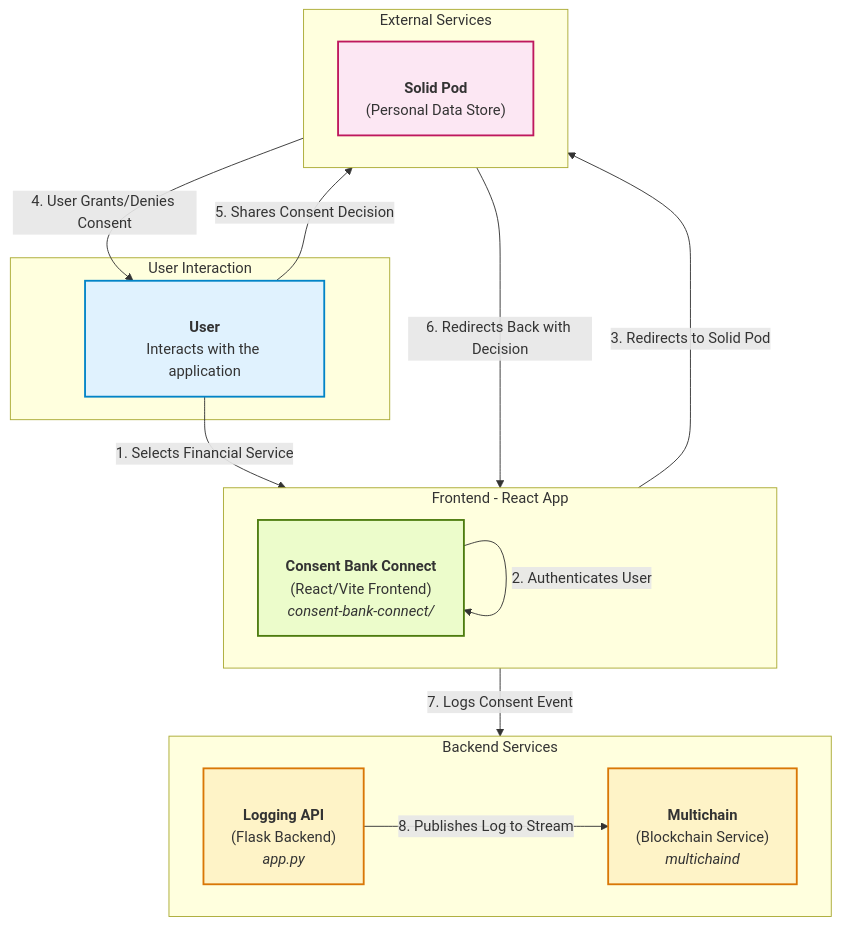
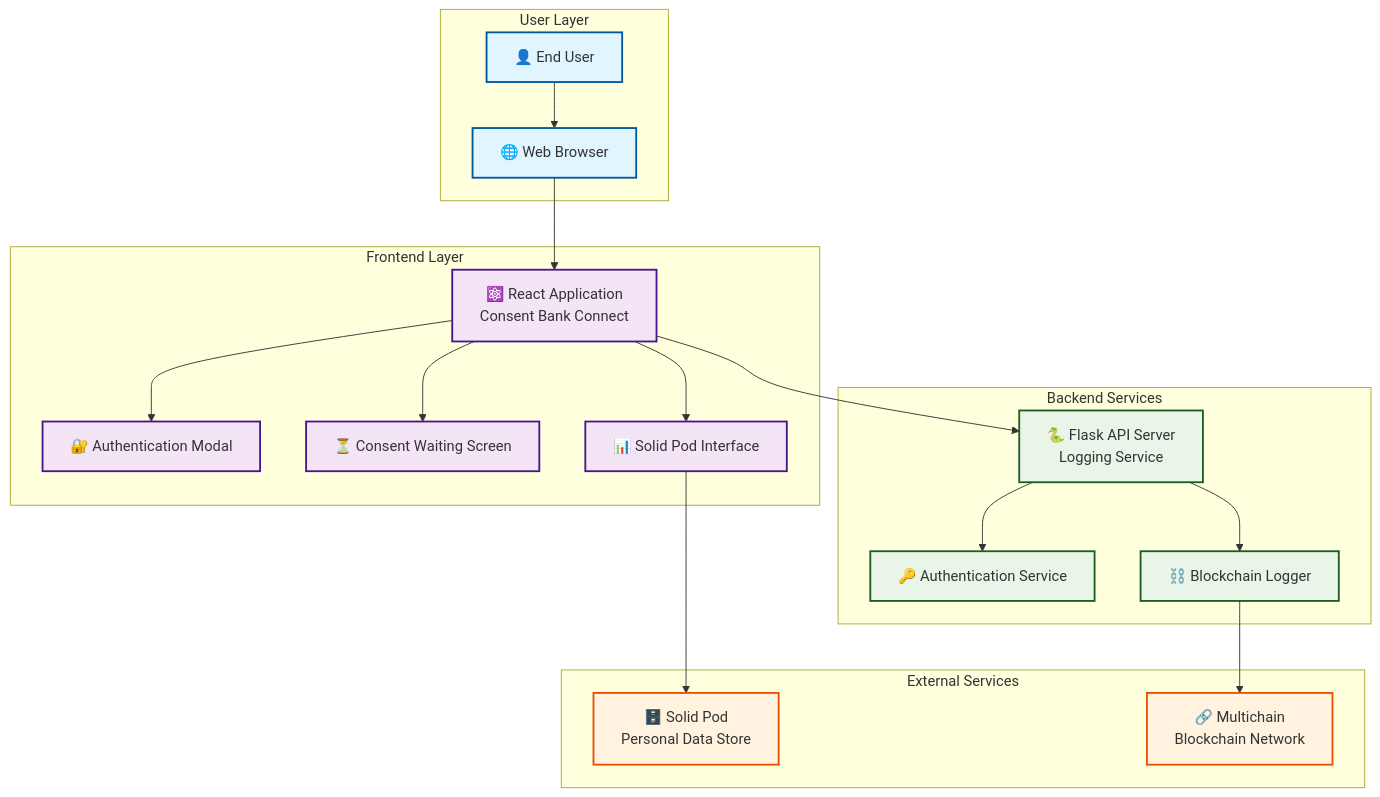
One commit to kobivan92/digital_consent changed the first of 15 diagrams in README.md. Above: the diagram before and after it, drawn with Mermaid. The commit also changed other lines of this file, not shown here.

````diff
--- a/README.md
+++ b/README.md
@@ -16,42 +9,46 @@
 ```mermaid
-graph TD;
-    subgraph User Interaction
-        User[<br/><b>User</b><br/>Interacts with the application]
-    end
-
-    subgraph Frontend - React App
-        direction LR
-        WebApp["<br/><b>Consent Bank Connect</b><br/>(React/Vite Frontend)<br/><i>consent-bank-connect/</i>"]
-    end
-
-    subgraph Backend Services
-        direction LR
-        APIServer["<br/><b>Logging API</b><br/>(Flask Backend)<br/><i>app.py</i>"]
-        Multichain["<br/><b>Multichain</b><br/>(Blockchain Service)<br/><i>multichaind</i>"]
+graph TB
+    subgraph "User Layer"
+        User[👤 End User]
+        Browser[🌐 Web Browser]
     end
     
-    subgraph External Services
-        direction LR
-        SolidPod["<br/><b>Solid Pod</b><br/>(Personal Data Store)"]
+    subgraph "Frontend Layer"
+        ReactApp[⚛️ React Application<br/>Consent Bank Connect]
+        AuthModal[🔐 Authentication Modal]
+        ConsentWaiting[⏳ Consent Waiting Screen]
+        SolidPodInterface[📊 Solid Pod Interface]
     end
-
-    User -- "1. Selects Financial Service" --> WebApp;
-    WebApp -- "2. Authenticates User" --> WebApp;
-    WebApp -- "3. Redirects to Solid Pod" --> SolidPod;
-    SolidPod -- "4. User Grants/Denies Consent" --> User;
-    User -- "5. Shares Consent Decision" --> SolidPod;
-    SolidPod -- "6. Redirects Back with Decision" --> WebApp;
-    WebApp -- "7. Logs Consent Event" --> APIServer;
-    APIServer -- "8. Publishes Log to Stream" --> Multichain;
-
-    classDef default fill:#f9f9f9,stroke:#333,stroke-width:2px,color:#333;
-    classDef user fill:#e0f2fe,stroke:#0284c7,stroke-width:2px;
-    classDef frontend fill:#ecfccb,stroke:#4d7c0f,stroke-width:2px;
-    classDef backend fill:#fef3c7,stroke:#d97706,stroke-width:2px;
-    classDef external fill:#fce7f3,stroke:#be185d,stroke-width:2px;
-
-    class User user;
-    class WebApp frontend;
-    class APIServer,Multichain backend;
-    class SolidPod external;
+    
+    subgraph "Backend Services"
+        FlaskAPI[🐍 Flask API Server<br/>Logging Service]
+        AuthService[🔑 Authentication Service]
+        BlockchainLogger[⛓️ Blockchain Logger]
+    end
+    
+    subgraph "External Services"
+        SolidPod[🗄️ Solid Pod<br/>Personal Data Store]
+        Multichain[🔗 Multichain<br/>Blockchain Network]
+    end
+    
+    User --> Browser
+    Browser --> ReactApp
+    ReactApp --> AuthModal
+    ReactApp --> ConsentWaiting
+    ReactApp --> SolidPodInterface
+    ReactApp --> FlaskAPI
+    FlaskAPI --> AuthService
+    FlaskAPI --> BlockchainLogger
+    SolidPodInterface --> SolidPod
+    BlockchainLogger --> Multichain
+    
+    classDef userLayer fill:#e1f5fe,stroke:#01579b,stroke-width:2px
+    classDef frontendLayer fill:#f3e5f5,stroke:#4a148c,stroke-width:2px
+    classDef backendLayer fill:#e8f5e8,stroke:#1b5e20,stroke-width:2px
+    classDef externalLayer fill:#fff3e0,stroke:#e65100,stroke-width:2px
+    
+    class User,Browser userLayer
+    class ReactApp,AuthModal,ConsentWaiting,SolidPodInterface frontendLayer
+    class FlaskAPI,AuthService,BlockchainLogger backendLayer
+    class SolidPod,Multichain externalLayer
 ```
````
